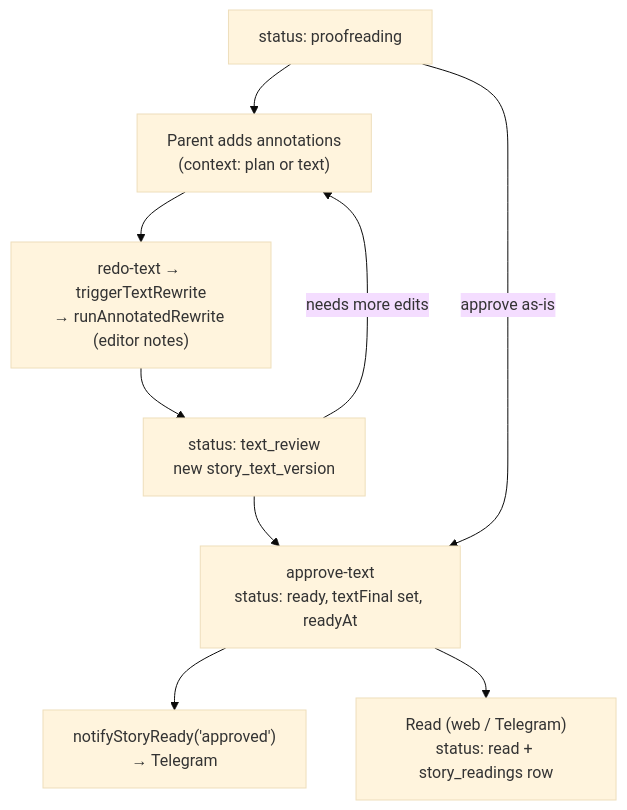
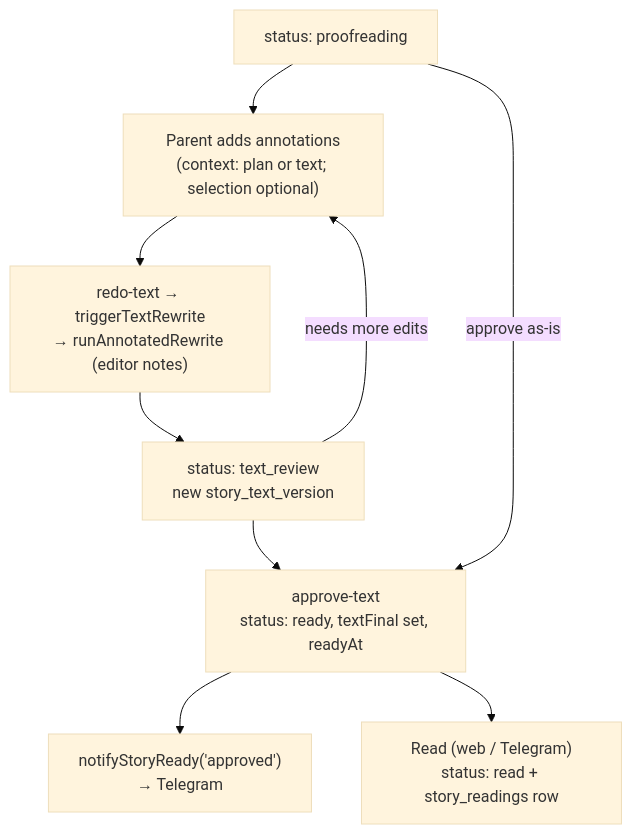
The first of 3 diagrams in docs/architecture/04-feedback-and-review.md (ikushlianski/bedtime-stories), drawn with Mermaid (base theme) before and after one commit. The commit also changed other lines of this file and 36 other files, not shown here.

````diff
--- a/docs/architecture/04-feedback-and-review.md
+++ b/docs/architecture/04-feedback-and-review.md
@@ -9,17 +9,17 @@
 ```mermaid
 flowchart TD
   proof["status: proofreading"]
-  annot["Parent adds annotations<br/>(context: plan or text)"]
+  annot["Parent adds annotations<br/>(context: plan or text; selection optional)"]
   redo["redo-text &rarr; triggerTextRewrite<br/>&rarr; runAnnotatedRewrite (editor notes)"]
   review["status: text_review<br/>new story_text_version"]
   approve["approve-text<br/>status: ready, textFinal set, readyAt"]
   notify["notifyStoryReady('approved')<br/>&rarr; Telegram"]
   read["Read (web / Telegram)<br/>status: read + story_readings row"]
 
   proof --> annot --> redo --> review
   review -->|"needs more edits"| annot
   review --> approve
   proof -->|"approve as-is"| approve
   approve --> notify
   approve --> read
 ```
````
